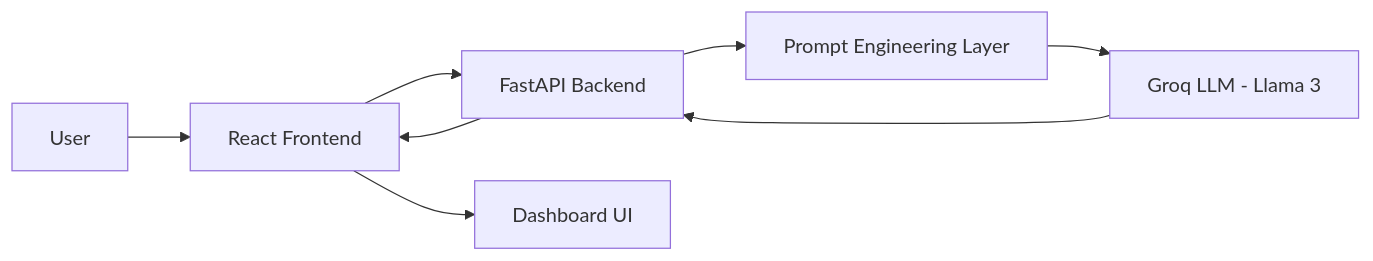
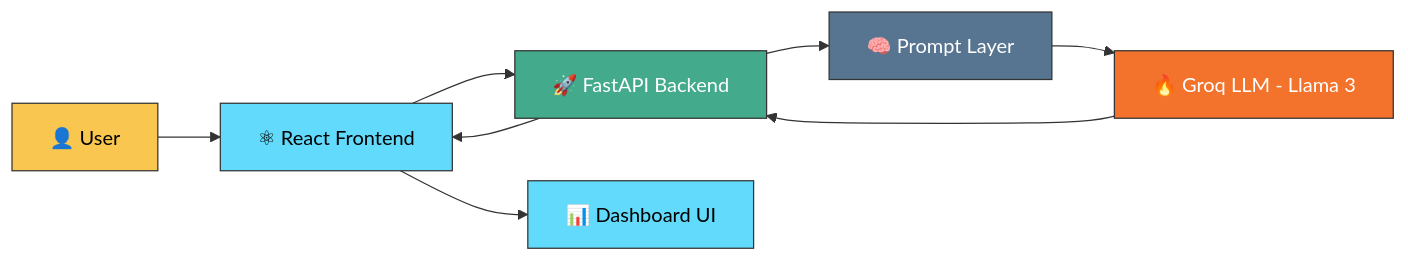
One commit to kaushlendra0607/NLP_Sentiment_Analysis changed the first of 4 diagrams in Readme.md. Above: the diagram before and after it, drawn with Mermaid. The commit also changed other lines of this file, not shown here.

````diff
--- a/Readme.md
+++ b/Readme.md
@@ -70,10 +70,17 @@
 ```mermaid
 flowchart LR
-    A[User] --> B[React Frontend]
-    B --> C[FastAPI Backend]
-    C --> D[Prompt Engineering Layer]
-    D --> E[Groq LLM - Llama 3]
+
+    A[👤 User]:::user --> B[⚛ React Frontend]:::frontend
+    B --> C[🚀 FastAPI Backend]:::backend
+    C --> D[🧠 Prompt Layer]:::logic
+    D --> E[🔥 Groq LLM - Llama 3]:::llm
     E --> C
     C --> B
-    B --> F[Dashboard UI]
+    B --> F[📊 Dashboard UI]:::frontend
+
+    classDef user fill:#f9c74f,stroke:#333,color:#000;
+    classDef frontend fill:#61dafb,stroke:#333,color:#000;
+    classDef backend fill:#43aa8b,stroke:#333,color:#fff;
+    classDef logic fill:#577590,stroke:#333,color:#fff;
+    classDef llm fill:#f3722c,stroke:#333,color:#fff;
 ```
````
